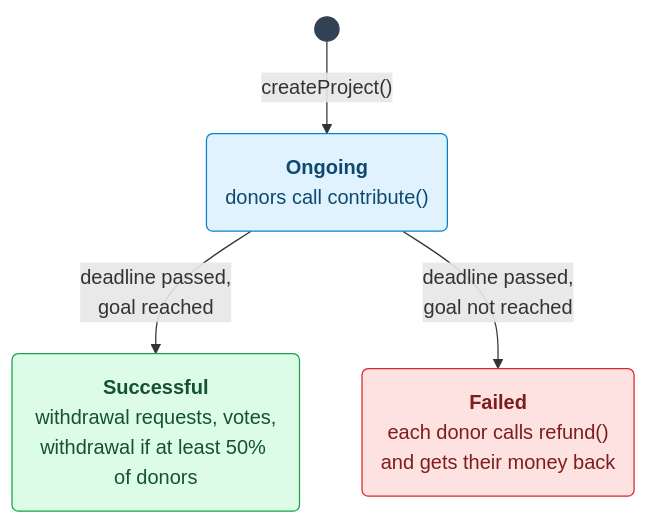
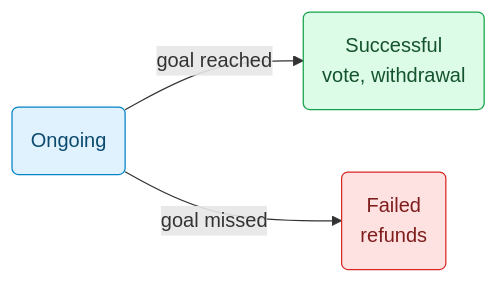
Before and after one commit to Chaksterr/Crowdfunding-blockchain: the second of 2 diagrams in README.en.md, drawn with Mermaid. The commit also changed other lines of this file and 13 other files, not shown here.

````diff
--- a/README.en.md
+++ b/README.en.md
@@ -222,15 +143,11 @@
 ```mermaid
-flowchart TB
-    S0(("&nbsp;")) -->|"createProject()"| ON("<b>Ongoing</b><br/>donors call contribute()")
-    ON -->|"deadline passed,<br/>goal reached"| OK("<b>Successful</b><br/>withdrawal requests, votes,<br/>withdrawal if at least 50% of donors")
-    ON -->|"deadline passed,<br/>goal not reached"| KO("<b>Failed</b><br/>each donor calls refund()<br/>and gets their money back")
-
-    classDef startPoint fill:#334155,stroke:#334155
+flowchart LR
+    EC("Ongoing") -->|"goal reached"| R("Successful<br/>vote, withdrawal")
+    EC -->|"goal missed"| E("Failed<br/>refunds")
     classDef ongoing fill:#e0f2fe,stroke:#0284c7,color:#0c4a6e
     classDef success fill:#dcfce7,stroke:#16a34a,color:#14532d
     classDef failed fill:#fee2e2,stroke:#dc2626,color:#7f1d1d
-    class S0 startPoint
-    class ON ongoing
-    class OK success
-    class KO failed
+    class EC ongoing
+    class R success
+    class E failed
 ```
````
